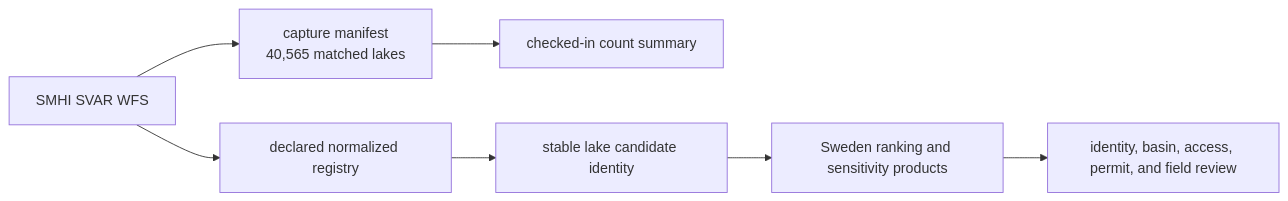
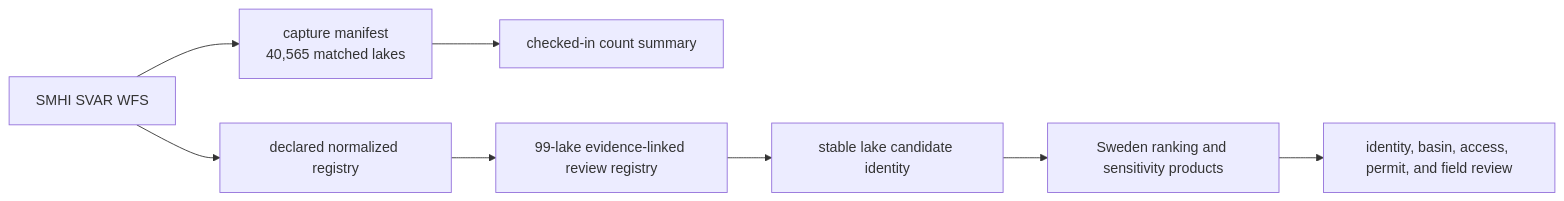
One commit to bijux/bijux-pollenomics changed the first of 3 diagrams in docs/public/pollenomics-data/sources/svar.md. Above: the diagram before and after it, drawn with Mermaid. The commit also changed other lines of this file and 4 other files, not shown here.

Commit message:
feat(svar): govern evidence-linked lake review

````diff
--- a/docs/public/pollenomics-data/sources/svar.md
+++ b/docs/public/pollenomics-data/sources/svar.md
@@ -55,9 +63,10 @@
 ```mermaid
 flowchart LR
     WFS["SMHI SVAR WFS"] --> Capture["capture manifest<br/>40,565 matched lakes"]
     WFS --> Registry["declared normalized registry"]
     Capture --> Summary["checked-in count summary"]
-    Registry --> Candidate["stable lake candidate identity"]
+    Registry --> Review["99-lake evidence-linked review registry"]
+    Review --> Candidate["stable lake candidate identity"]
     Candidate --> Ranking["Sweden ranking and sensitivity products"]
     Ranking --> FieldReview["identity, basin, access, permit, and field review"]
 ```
````
